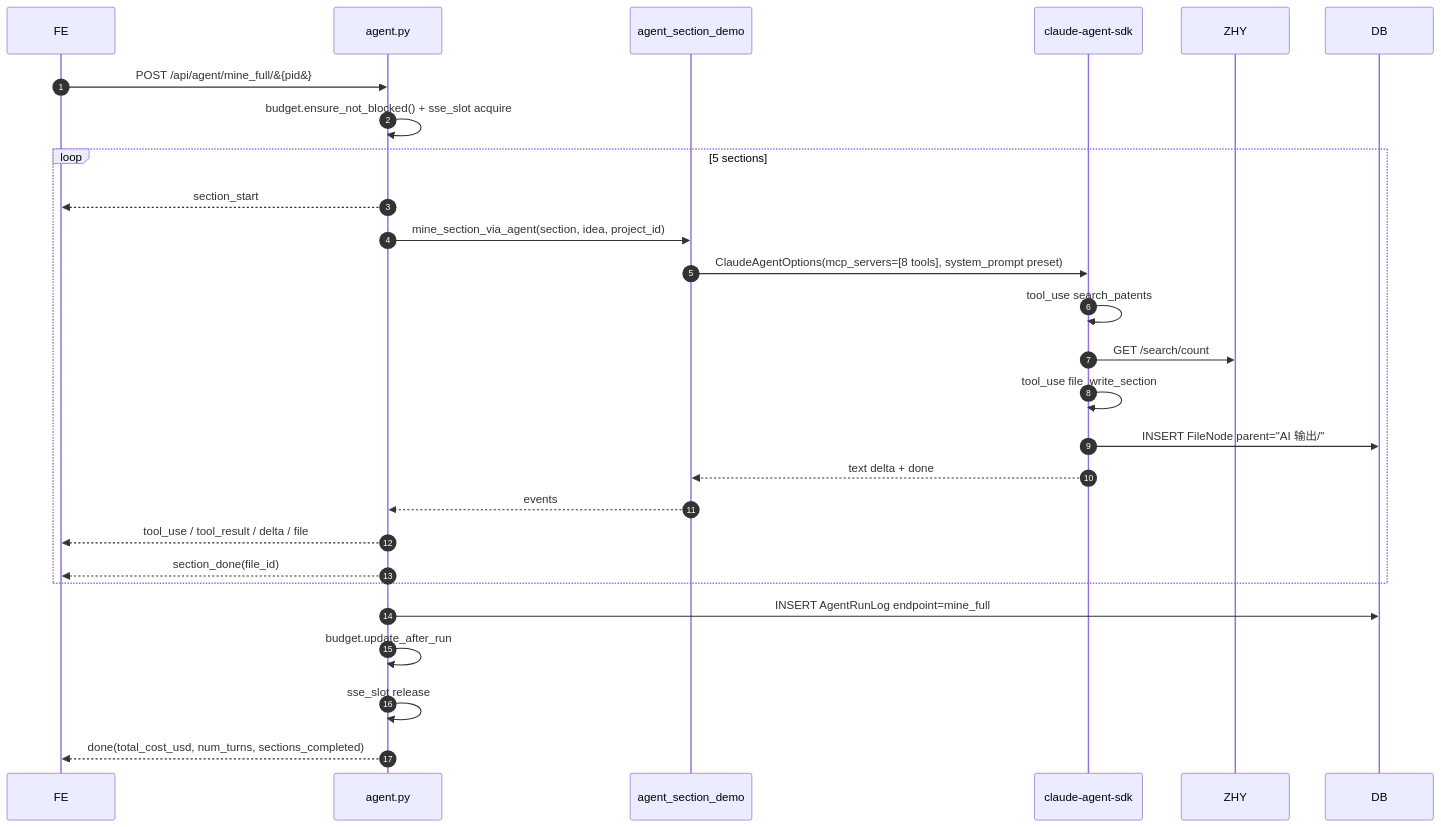
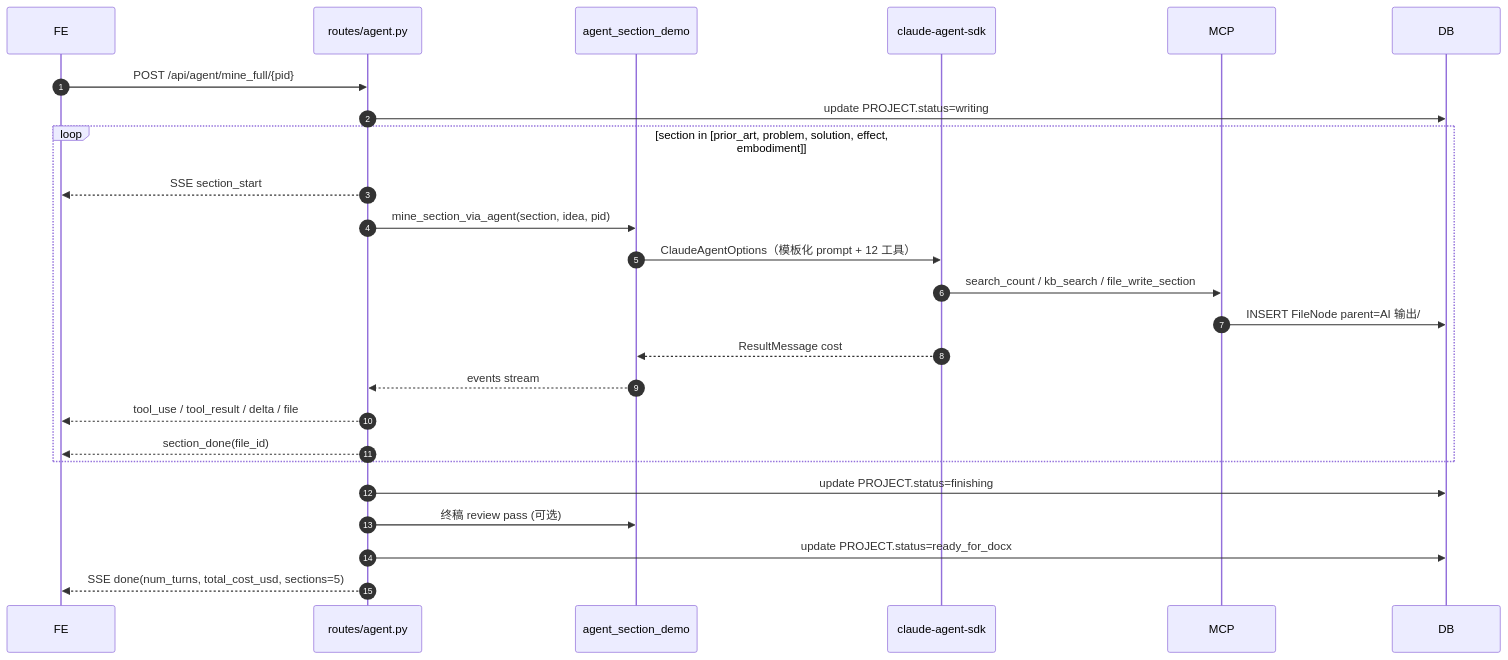
The eighth of 13 diagrams in docs/hld.md (ChuangLee/PatentlyPatent), drawn with Mermaid before and after one commit. The commit also changed other lines of this file and 45 other files, not shown here.

````diff
--- a/docs/hld.md
+++ b/docs/hld.md
@@ -326,29 +476,28 @@
 ```mermaid
 sequenceDiagram
     autonumber
     participant FE
-    participant BE as agent.py
-    participant Sec as agent_section_demo
+    participant API as routes/agent.py
+    participant SEC as agent_section_demo
     participant SDK as claude-agent-sdk
-    participant ZHY
+    participant MCP
     participant DB
-    FE->>BE: POST /api/agent/mine_full/&#123;pid&#125;
-    BE->>BE: budget.ensure_not_blocked() + sse_slot acquire
-    loop 5 sections
-        BE-->>FE: section_start
-        BE->>Sec: mine_section_via_agent(section, idea, project_id)
-        Sec->>SDK: ClaudeAgentOptions(mcp_servers=[8 tools], system_prompt preset)
-        SDK->>SDK: tool_use search_patents
-        SDK->>ZHY: GET /search/count
-        SDK->>SDK: tool_use file_write_section
-        SDK->>DB: INSERT FileNode parent="AI 输出/"
-        SDK-->>Sec: text delta + done
-        Sec-->>BE: events
-        BE-->>FE: tool_use / tool_result / delta / file
-        BE-->>FE: section_done(file_id)
+
+    FE->>API: POST /api/agent/mine_full/{pid}
+    API->>DB: update PROJECT.status=writing
+    loop section in [prior_art, problem, solution, effect, embodiment]
+        API-->>FE: SSE section_start
+        API->>SEC: mine_section_via_agent(section, idea, pid)
+        SEC->>SDK: ClaudeAgentOptions（模板化 prompt + 12 工具）
+        SDK->>MCP: search_count / kb_search / file_write_section
+        MCP->>DB: INSERT FileNode parent=AI 输出/
+        SDK-->>SEC: ResultMessage cost
+        SEC-->>API: events stream
+        API-->>FE: tool_use / tool_result / delta / file
+        API-->>FE: section_done(file_id)
     end
-    BE->>DB: INSERT AgentRunLog endpoint=mine_full
-    BE->>BE: budget.update_after_run
-    BE->>BE: sse_slot release
-    BE-->>FE: done(total_cost_usd, num_turns, sections_completed)
+    API->>DB: update PROJECT.status=finishing
+    API->>SEC: 终稿 review pass (可选)
+    API->>DB: update PROJECT.status=ready_for_docx
+    API-->>FE: SSE done(num_turns, total_cost_usd, sections=5)
 ```
````
